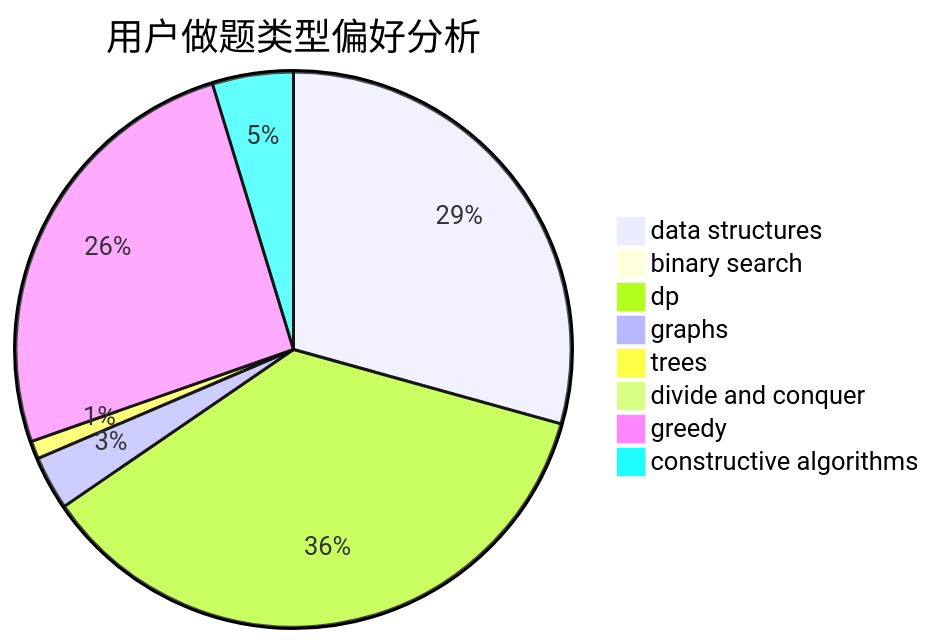
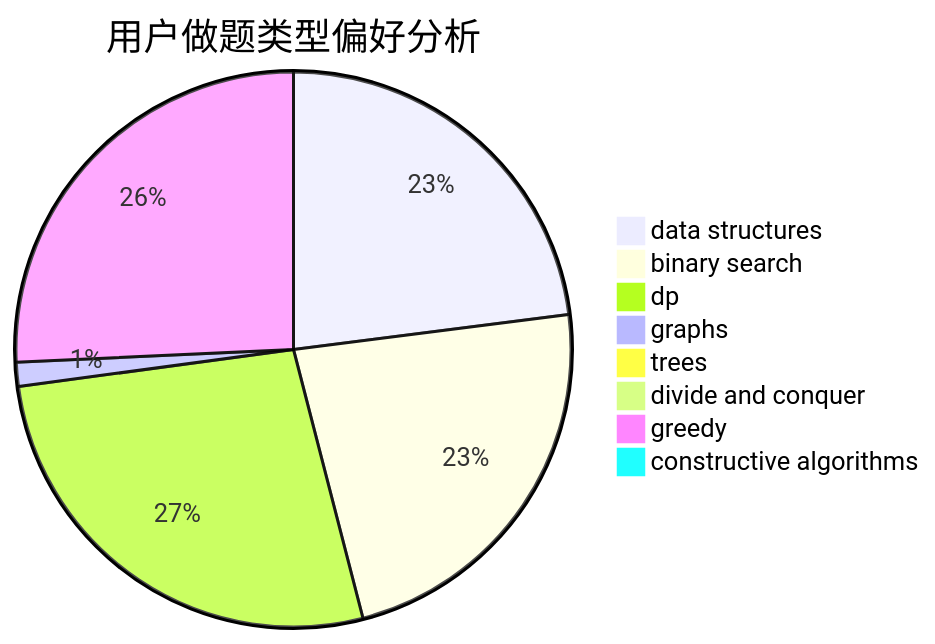
One commit to sherpahu/cfrs.github.io changed the second of 3 diagrams in docs/user/u932.md. Above: the diagram before and after it, drawn with Mermaid. The commit also changed other lines of this file and 2770 other files, not shown here.

````diff
--- a/docs/user/u932.md
+++ b/docs/user/u932.md
@@ -23,11 +23,11 @@
 ```mermaid
 pie title 用户做题类型偏好分析
-    "data structures" :  56
-    "binary search" :  0
-    "dp" :  69
-    "graphs" :  6
-    "trees" :  2
+    "data structures" :  394
+    "binary search" :  394
+    "dp" :  461
+    "graphs" :  24
+    "trees" :  0
     "divide and conquer" :  0
-    "greedy" :  49
-    "constructive algorithms" :  9
+    "greedy" :  441
+    "constructive algorithms" :  0
 ```
````
